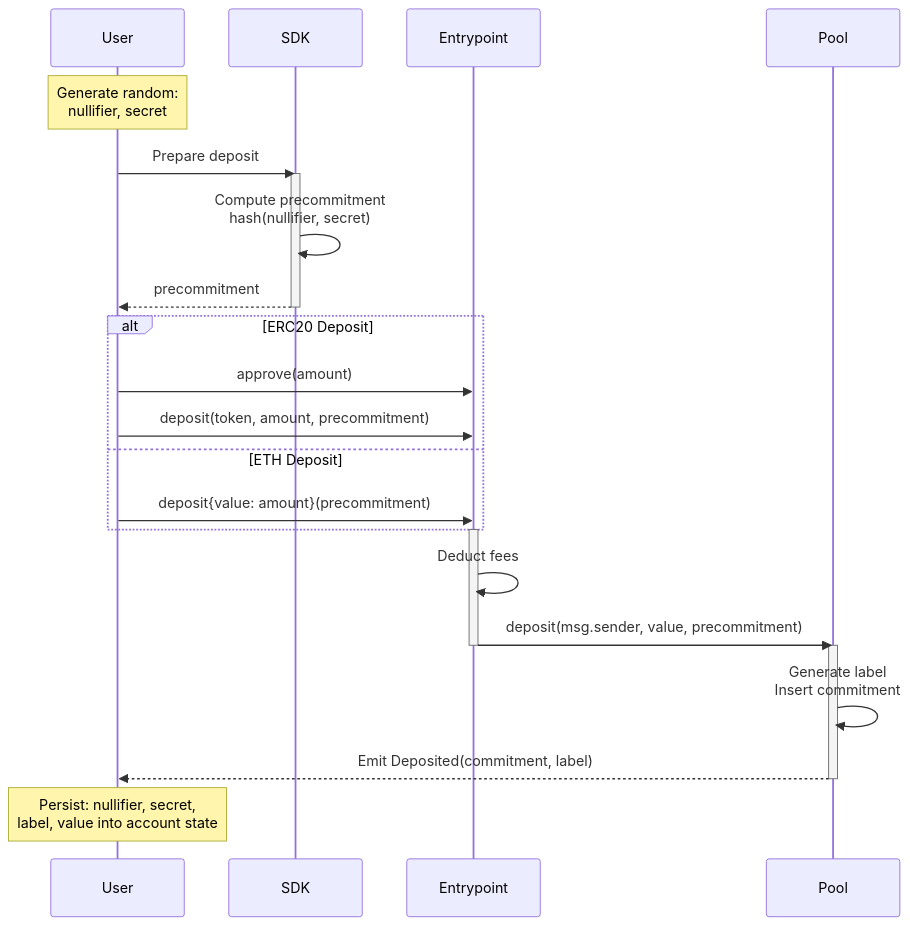
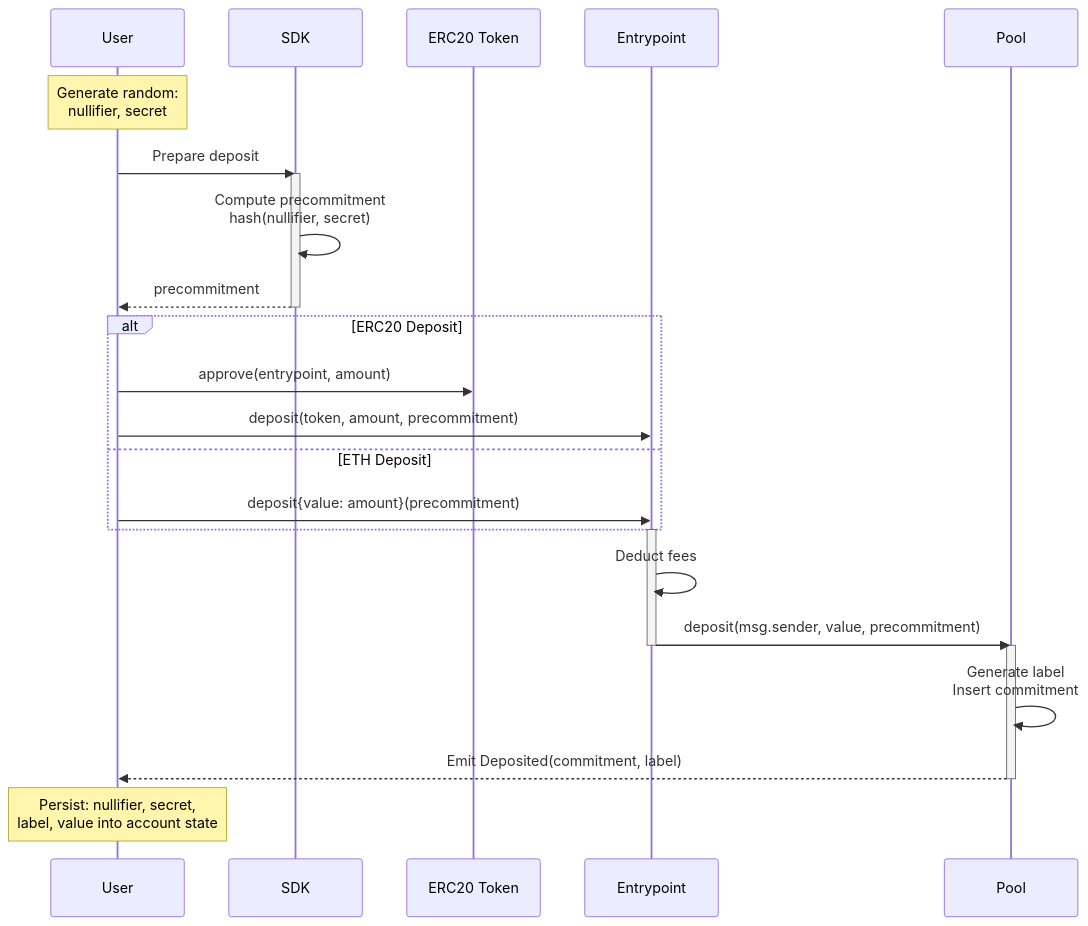
The first of 2 diagrams in docs/docs/protocol/deposit.md (0xmatthewb/privacy-pools-core), drawn with Mermaid before and after one commit. The commit also changed other lines of this file and 12 other files, not shown here.

````diff
--- a/docs/docs/protocol/deposit.md
+++ b/docs/docs/protocol/deposit.md
@@ -23,35 +23,36 @@
 ```mermaid
 sequenceDiagram
     participant User
     participant SDK
+    participant Token as ERC20 Token
     participant Entrypoint
     participant Pool
 
 
     Note over User: Generate random:<br/>nullifier, secret
     User->>SDK: Prepare deposit
 
     activate SDK
     SDK->>SDK: Compute precommitment<br/>hash(nullifier, secret)
     SDK-->>User: precommitment
     deactivate SDK
 
     alt ERC20 Deposit
-        User->>Entrypoint: approve(amount)
+        User->>Token: approve(entrypoint, amount)
         User->>Entrypoint: deposit(token, amount, precommitment)
     else ETH Deposit
         User->>Entrypoint: deposit{value: amount}(precommitment)
     end
 
     activate Entrypoint
     Entrypoint->>Entrypoint: Deduct fees
     Entrypoint->>Pool: deposit(msg.sender, value, precommitment)
     deactivate Entrypoint
 
     activate Pool
     Pool->>Pool: Generate label<br/>Insert commitment
     Pool-->>User: Emit Deposited(commitment, label)
     deactivate Pool
 
     Note over User: Persist: nullifier, secret,<br/>label, value into account state
 ```
````
